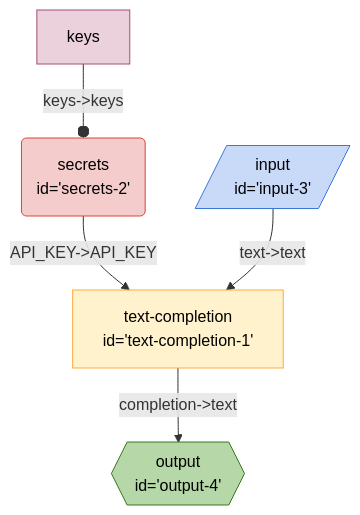
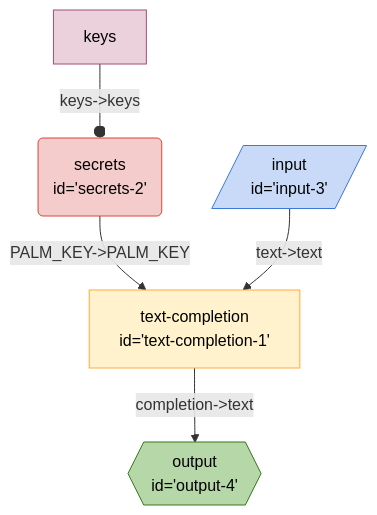
Before and after one commit to breadboard-ai/breadboard: the diagram in seeds/graph-playground/docs/graphs/simplest.md, drawn with Mermaid. The commit also changed 72 other files, not shown here.

Commit message:
Rename API_KEY to PALM_KEY. Fixes #72.

````diff
--- a/seeds/graph-playground/docs/graphs/simplest.md
+++ b/seeds/graph-playground/docs/graphs/simplest.md
@@ -5,22 +5,22 @@
   ```mermaid
   %%{init: 'themeVariables': { 'fontFamily': 'Fira Code, monospace' }}%%
 graph TD;
 secrets2("secrets
-id='secrets-2'"):::secrets -- "API_KEY->API_KEY" --> textcompletion1["text-completion
+id='secrets-2'"):::secrets -- "PALM_KEY->PALM_KEY" --> textcompletion1["text-completion
 id='text-completion-1'"]
 textcompletion1["text-completion
 id='text-completion-1'"] -- "completion->text" --> output4{{"output
 id='output-4'"}}:::output
 input3[/"input
 id='input-3'"/]:::input -- "text->text" --> textcompletion1["text-completion
 id='text-completion-1'"]
 keyssecrets2[keys]:::config -- "keys->keys" --o secrets2
 classDef default stroke:#ffab40,fill:#fff2ccff,color:#000
 classDef input stroke:#3c78d8,fill:#c9daf8ff,color:#000
 classDef output stroke:#38761d,fill:#b6d7a8ff,color:#000
 classDef passthrough stroke:#a64d79,fill:#ead1dcff,color:#000
 classDef slot stroke:#a64d79,fill:#ead1dcff,color:#000
 classDef config stroke:#a64d79,fill:#ead1dcff,color:#000
 classDef secrets stroke:#db4437,fill:#f4cccc,color:#000
 classDef slotted stroke:#a64d79
   ```
````
